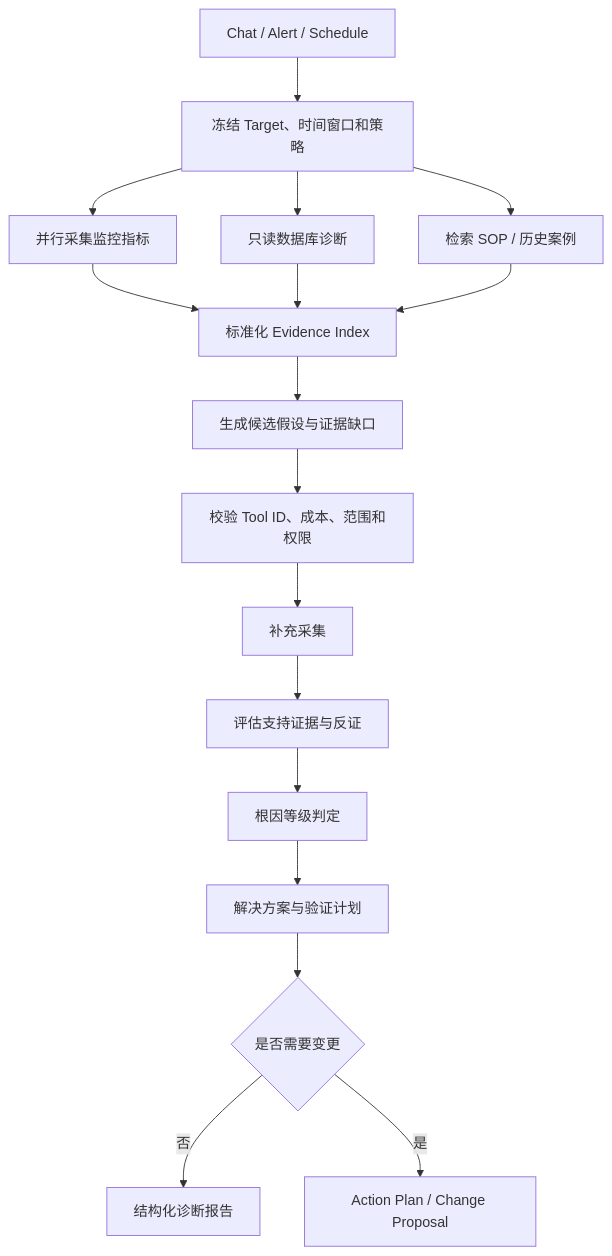
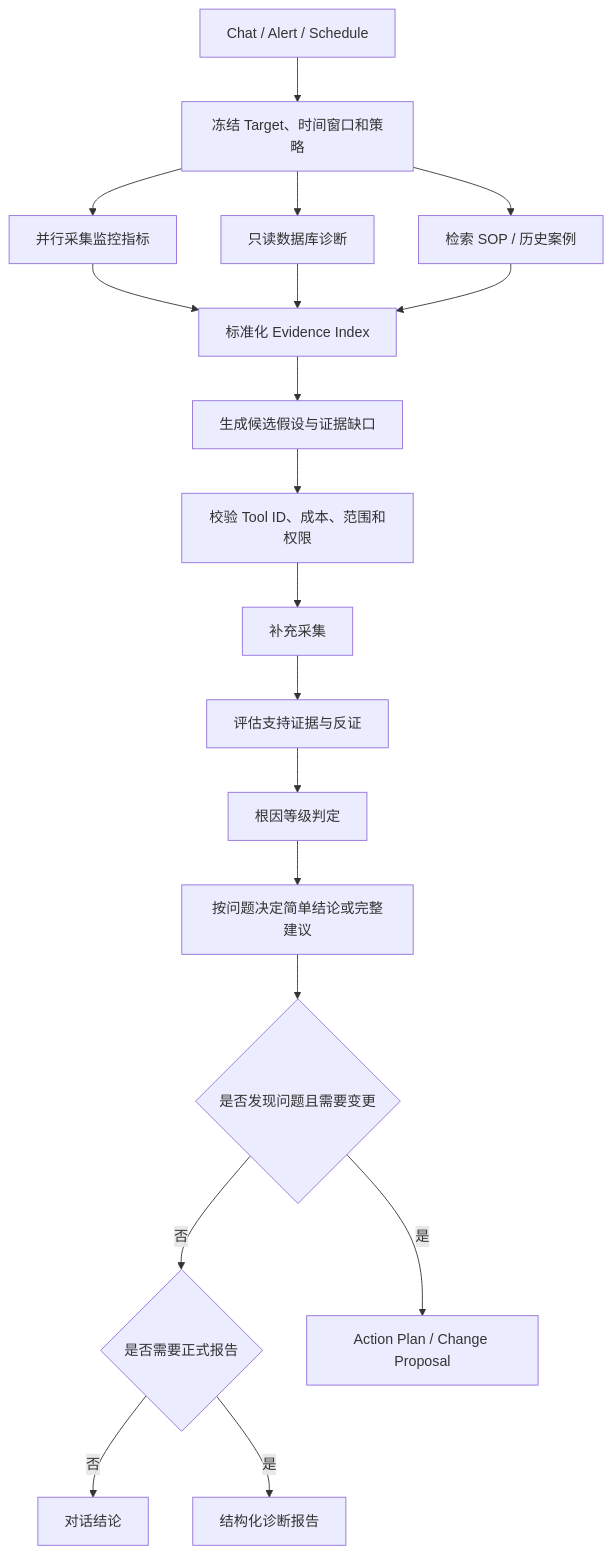
The second of 3 diagrams in docs/product/aiops-agent.md (munger1985/kbot), drawn with Mermaid before and after one commit. The commit also changed other lines of this file and 75 other files, not shown here.

````diff
--- a/docs/product/aiops-agent.md
+++ b/docs/product/aiops-agent.md
@@ -74,19 +74,21 @@
 ```mermaid
 flowchart TD
     T[Chat / Alert / Schedule] --> S[冻结 Target、时间窗口和策略]
     S --> O1[并行采集监控指标]
     S --> O2[只读数据库诊断]
     S --> O3[检索 SOP / 历史案例]
     O1 --> E[标准化 Evidence Index]
     O2 --> E
     O3 --> E
     E --> H[生成候选假设与证据缺口]
     H --> V[校验 Tool ID、成本、范围和权限]
     V --> C[补充采集]
     C --> A[评估支持证据与反证]
     A --> R[根因等级判定]
-    R --> Q[解决方案与验证计划]
-    Q --> P{是否需要变更}
-    P -- 否 --> REP[结构化诊断报告]
+    R --> Q[按问题决定简单结论或完整建议]
+    Q --> P{是否发现问题且需要变更}
+    P -- 否 --> REP{是否需要正式报告}
+    REP -- 否 --> A1[对话结论]
+    REP -- 是 --> A2[结构化诊断报告]
     P -- 是 --> CP[Action Plan / Change Proposal]
 ```
````
